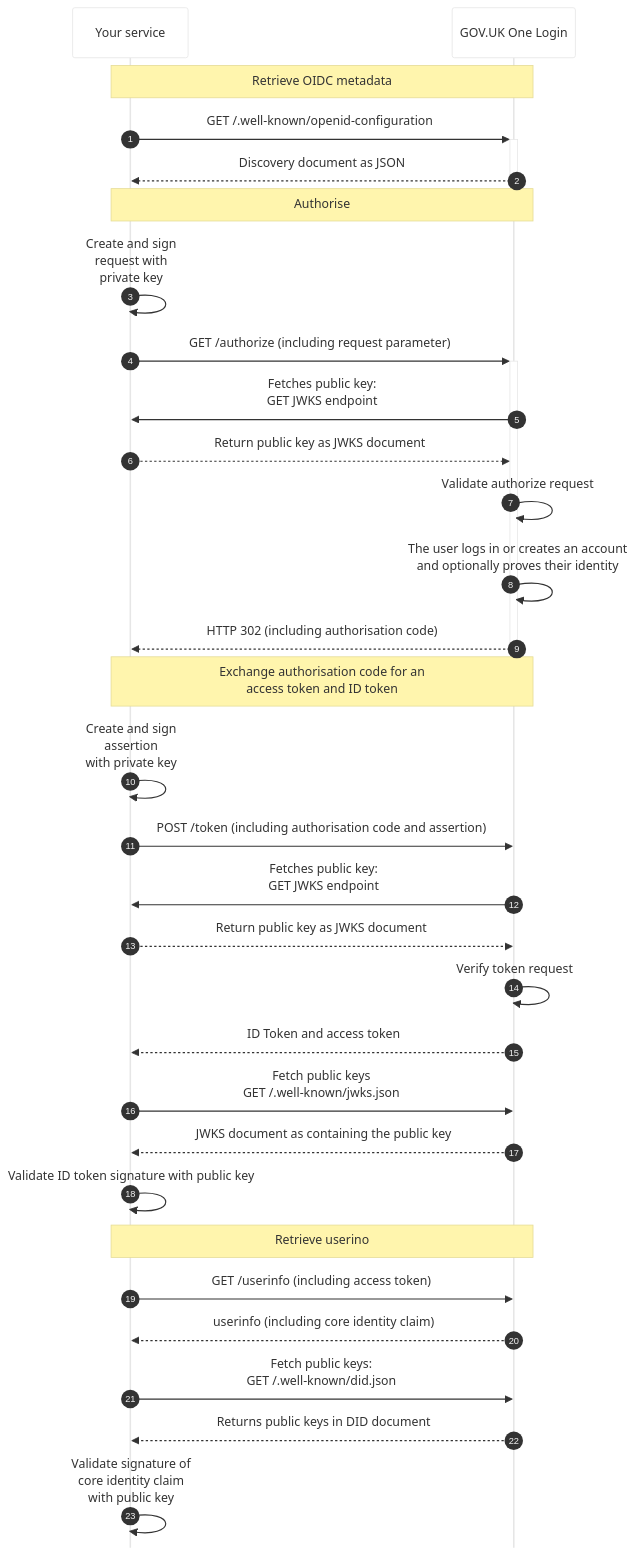
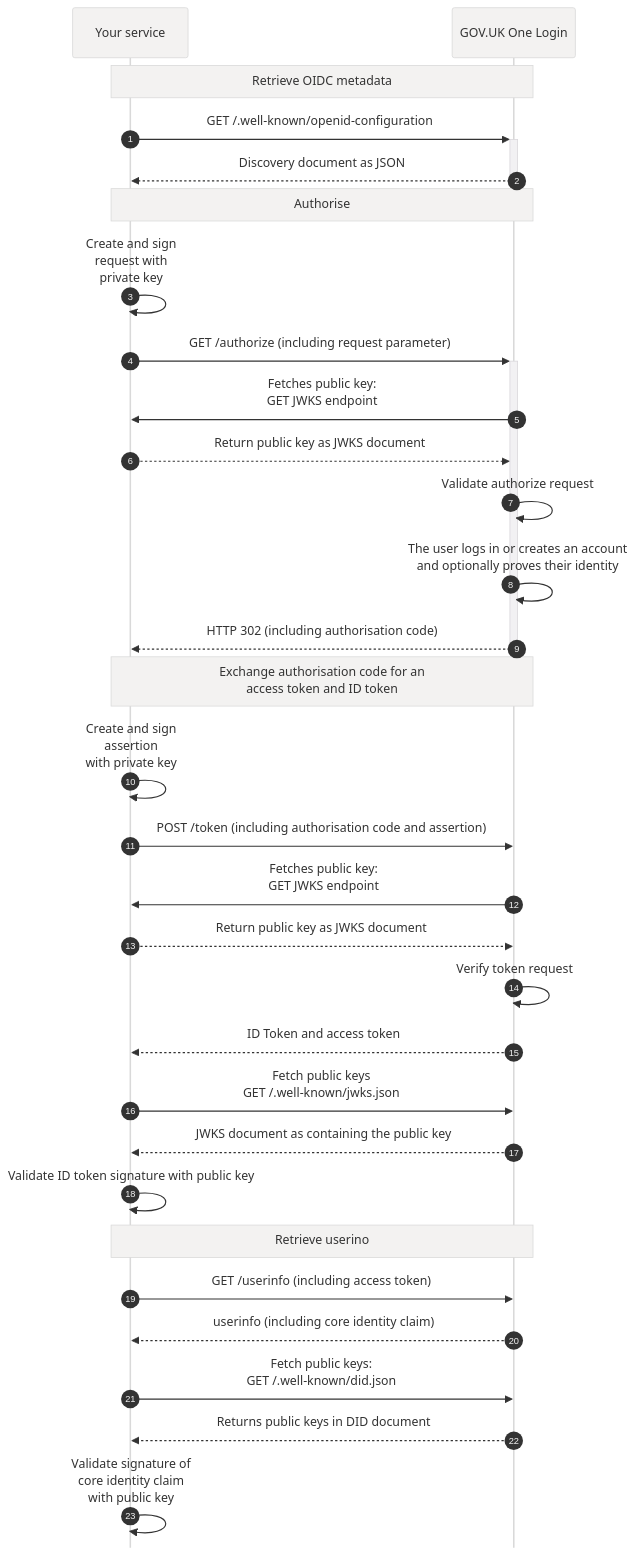
The diagram in source/images/originals/technical-flow-diagram-extended.mmd (govuk-one-login/tech-docs), drawn with Mermaid before and after one commit. The commit also changed 1 other file, not shown here.

```diff
--- a/source/images/originals/technical-flow-diagram-extended.mmd
+++ b/source/images/originals/technical-flow-diagram-extended.mmd
@@ -1,39 +1,40 @@
 ---
 config:
   mirrorActors: false
   theme: base
   themeVariables:
-    primaryColor: "#FFFFFF"
+    primaryColor: "#f3f2f1"
     fontSize: 24px 
+    noteBkgColor: "#f3f2f1"  
 ---
 ﻿﻿sequenceDiagram
   autonumber
   participant S as Your service
   participant OL as GOV.UK One Login
   Note over S,OL: Retrieve OIDC metadata
   S->>+OL: GET /.well-known/openid-configuration
   OL-->>-S: Discovery document as JSON 
   Note over S,OL: Authorise
   S->>S: Create and sign <br/>request with<br/>private key
   S->>+OL: GET /authorize (including request parameter)
   OL->>S: Fetches public key:<br/>GET JWKS endpoint
   S-->>OL: Return public key as JWKS document
   OL->>OL: Validate authorize request
   OL->>OL: The user logs in or creates an account<br/>and optionally proves their identity
   OL-->>-S: HTTP 302 (including authorisation code)
   Note over S,OL: Exchange authorisation code for an <br/>access token and ID token
   S->>S: Create and sign<br/>assertion <br/>with private key
   S->>OL: POST /token (including authorisation code and assertion)
   OL->>S: Fetches public key:<br/>GET JWKS endpoint
   S-->>OL: Return public key as JWKS document
   OL->>OL: Verify token request
   OL-->>S: ID Token and access token
   S->>OL: Fetch public keys<br/>GET /.well-known/jwks.json
   OL-->>S: JWKS document as containing the public key 
   S->>S: Validate ID token signature with public key
   Note over S,OL: Retrieve userino 
   S->>OL: GET /userinfo (including access token)
   OL-->>S: userinfo (including core identity claim)
   S->>OL: Fetch public keys:<br/>GET /.well-known/did.json
   OL-->>S: Returns public keys in DID document
   S->>S: Validate signature of<br/>core identity claim<br/>with public key 
```
